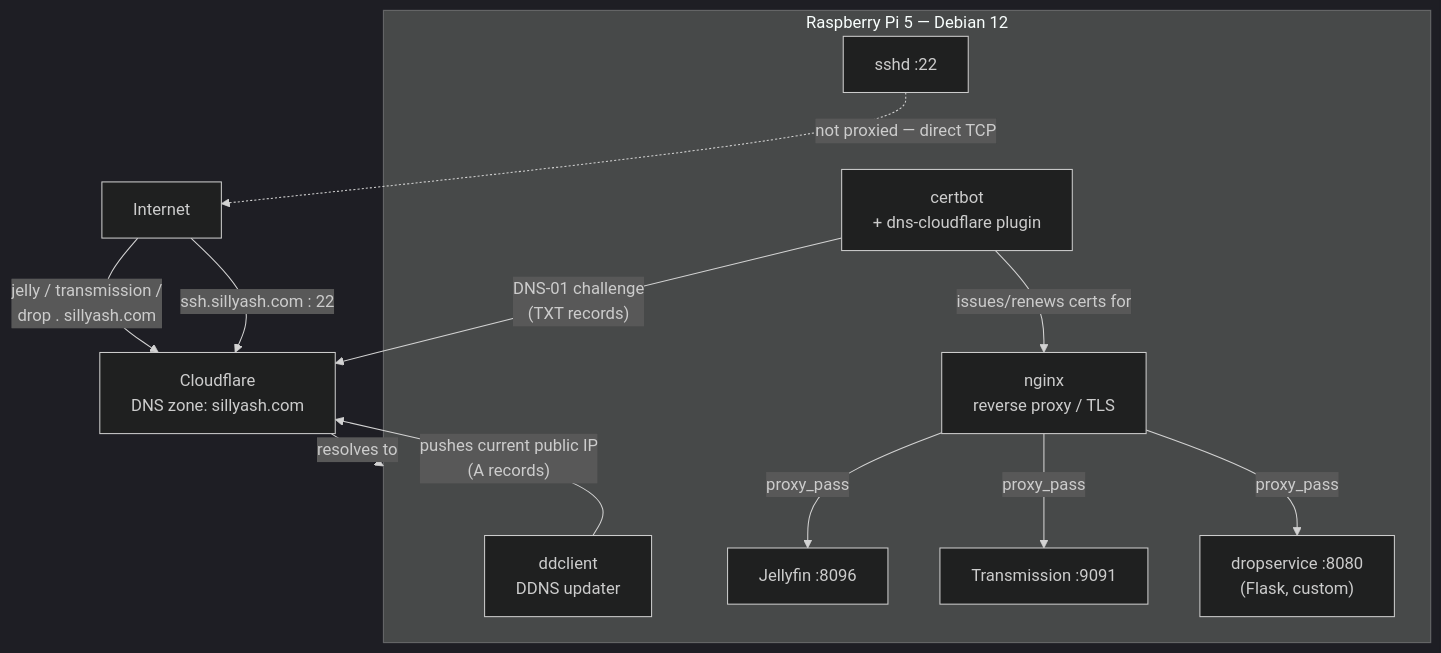
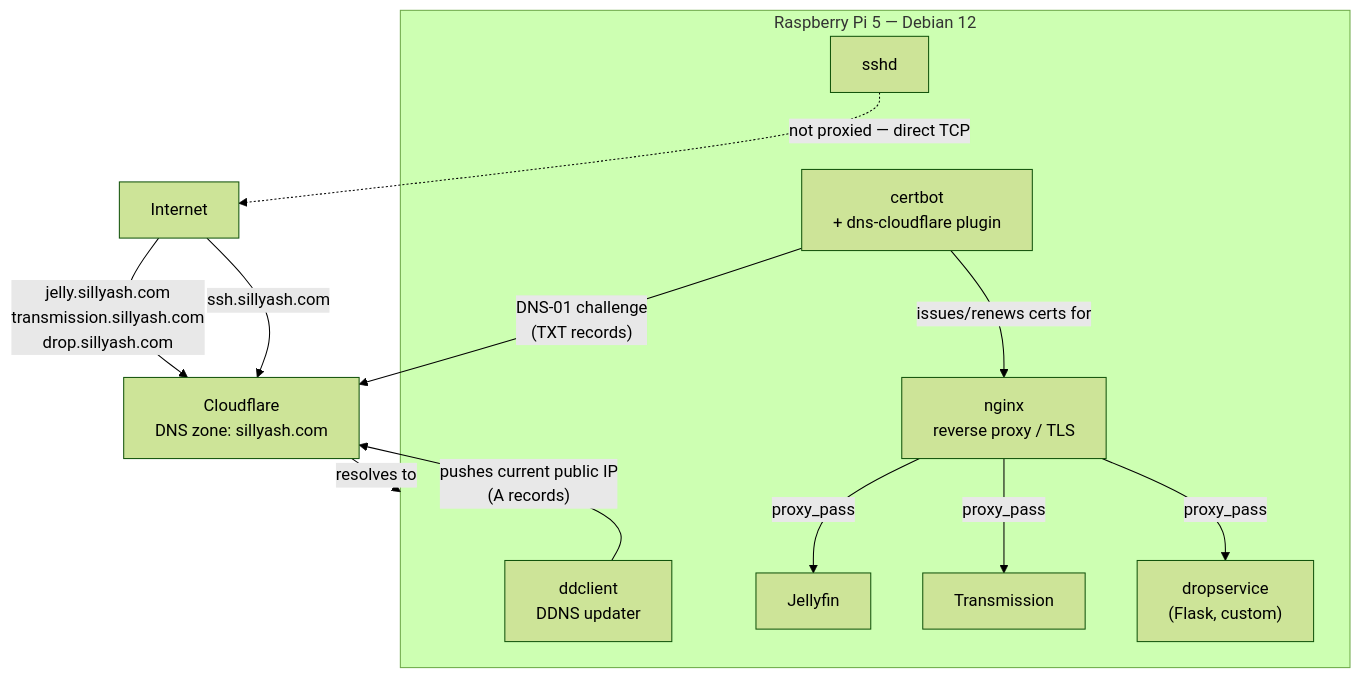
Before and after one commit to sillyash/homelab: the diagram in README.md, drawn with Mermaid.

Commit message:
fix: clean up mermaid diagram
Switch to the forest theme, drop internal port numbers and the SSH
port from node/edge labels (SSH is a direct connection, not something
to advertise), and fix stray spaces around domain names.

````diff
--- a/README.md
+++ b/README.md
@@ -11,29 +11,29 @@
 ```mermaid
-%%{init: {"theme": "dark"}}%%
+%%{init: {"theme": "forest"}}%%
 graph TB
     Internet[Internet]
     Cloudflare["Cloudflare<br>DNS zone: sillyash.com"]
 
     subgraph Pi["Raspberry Pi 5 — Debian 12"]
         ddclient["ddclient<br>DDNS updater"]
         certbot["certbot<br>+ dns-cloudflare plugin"]
         nginx["nginx<br>reverse proxy / TLS"]
-        jellyfin["Jellyfin :8096"]
-        transmission["Transmission :9091"]
-        dropservice["dropservice :8080<br>(Flask, custom)"]
-        sshd["sshd :22"]
+        jellyfin["Jellyfin"]
+        transmission["Transmission"]
+        dropservice["dropservice<br>(Flask, custom)"]
+        sshd["sshd"]
     end
 
-    Internet -->|"jelly / transmission /<br>drop . sillyash.com"| Cloudflare
-    Internet -->|"ssh.sillyash.com : 22"| Cloudflare
+    Internet -->|"jelly.sillyash.com<br>transmission.sillyash.com<br>drop.sillyash.com"| Cloudflare
+    Internet -->|"ssh.sillyash.com"| Cloudflare
     Cloudflare -->|resolves to| Pi
 
     ddclient -->|"pushes current public IP<br>(A records)"| Cloudflare
     certbot -->|"DNS-01 challenge<br>(TXT records)"| Cloudflare
     certbot -->|"issues/renews certs for"| nginx
 
     nginx -->|"proxy_pass"| jellyfin
     nginx -->|"proxy_pass"| transmission
     nginx -->|"proxy_pass"| dropservice
     sshd -.->|"not proxied — direct TCP"| Internet
 ```
````
